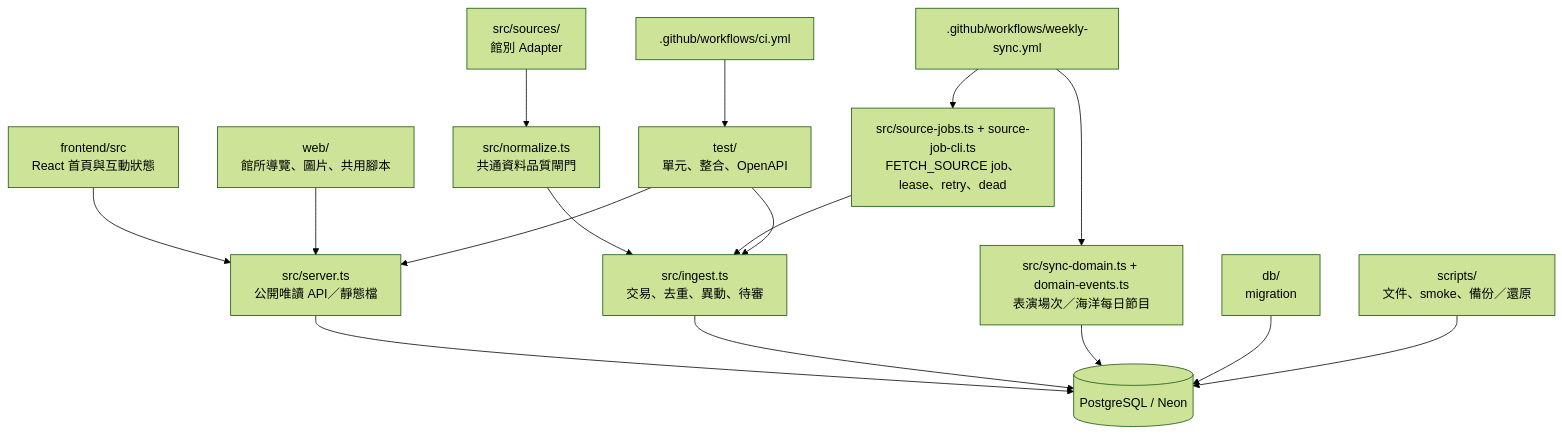
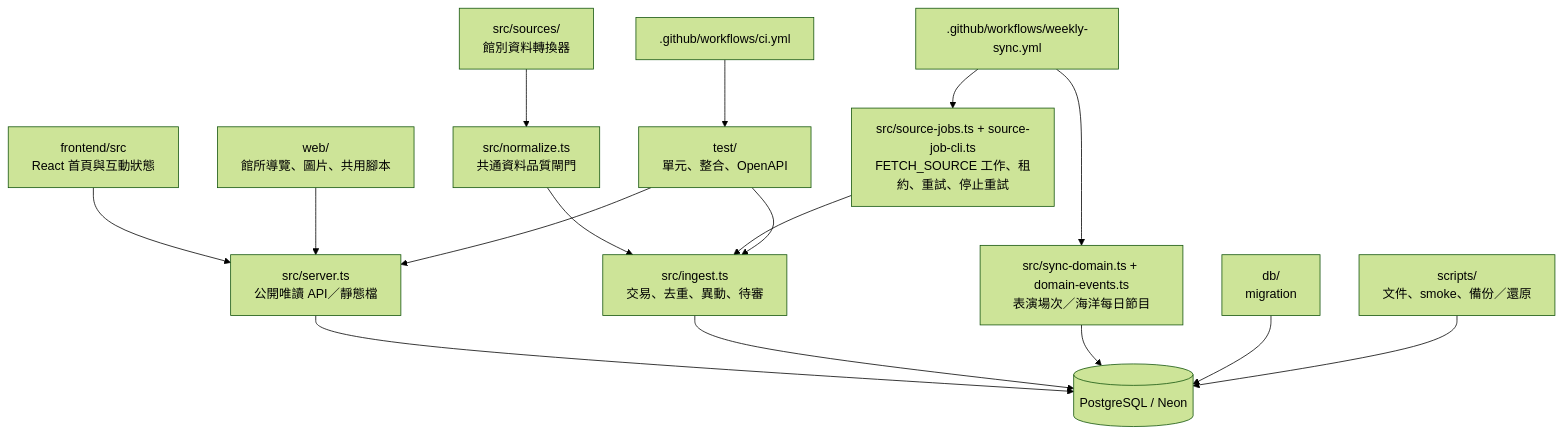
Before and after one commit to AndyLinStrongtyping/event-radar: the first of 3 diagrams in docs/architecture.md, drawn with Mermaid (forest theme). The commit also changed other lines of this file and 4 other files, not shown here.

````diff
--- a/docs/architecture.md
+++ b/docs/architecture.md
@@ -27,18 +27,18 @@
 ```mermaid
 flowchart TB
   F[frontend/src<br/>React 首頁與互動狀態] --> S[src/server.ts<br/>公開唯讀 API／靜態檔]
   W[web/<br/>館所導覽、圖片、共用腳本] --> S
   S --> P[(PostgreSQL / Neon)]
-  A[src/sources/<br/>館別 Adapter] --> N[src/normalize.ts<br/>共通資料品質閘門]
+  A[src/sources/<br/>館別資料轉換器] --> N[src/normalize.ts<br/>共通資料品質閘門]
   N --> I[src/ingest.ts<br/>交易、去重、異動、待審]
   I --> P
   D[src/sync-domain.ts + domain-events.ts<br/>表演場次／海洋每日節目] --> P
-  J[src/source-jobs.ts + source-job-cli.ts<br/>FETCH_SOURCE job、lease、retry、dead] --> I
+  J[src/source-jobs.ts + source-job-cli.ts<br/>FETCH_SOURCE 工作、租約、重試、停止重試] --> I
   M[db/<br/>migration] --> P
   T[test/<br/>單元、整合、OpenAPI] --> I
   T --> S
   C[.github/workflows/ci.yml] --> T
   Q[.github/workflows/weekly-sync.yml] --> J
   Q --> D
   O[scripts/<br/>文件、smoke、備份／還原] --> P
 ```
````
